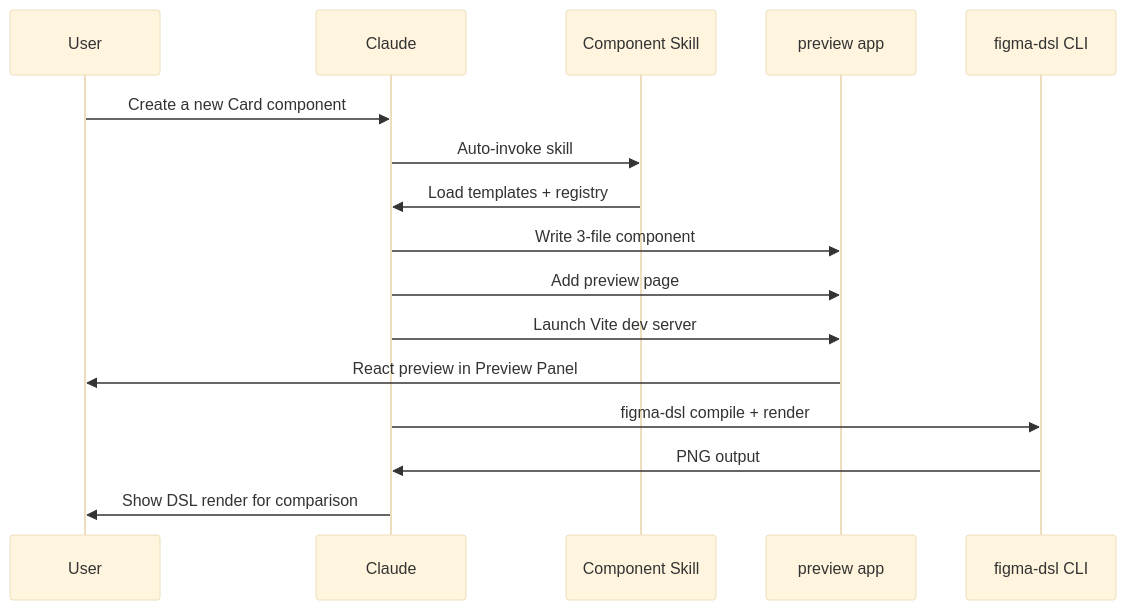
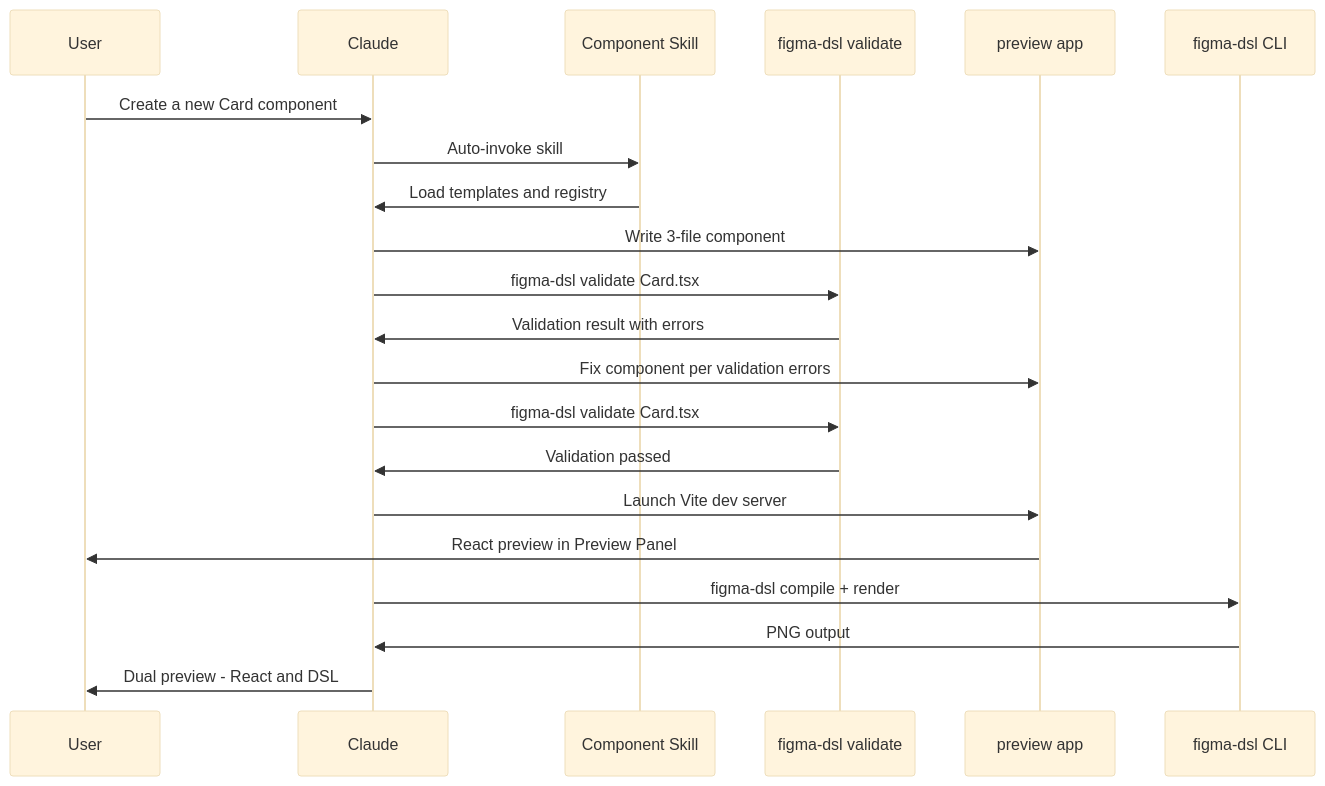
Before and after one commit to TETRA2000/figma-component-dsl: the third of 5 diagrams in .kiro/specs/claude-desktop-interactive-workflow/design.md, drawn with Mermaid (base theme). The commit also changed other lines of this file and 2 other files, not shown here.

First line of the commit message:
Redesign: add validator package, Figma MCP auto-publish, validation loop

````diff
--- a/.kiro/specs/claude-desktop-interactive-workflow/design.md
+++ b/.kiro/specs/claude-desktop-interactive-workflow/design.md
@@ -141,19 +160,24 @@
 ```mermaid
 sequenceDiagram
     participant U as User
     participant C as Claude
     participant S as Component Skill
+    participant Val as figma-dsl validate
     participant P as preview app
     participant CLI as figma-dsl CLI
 
     U->>C: Create a new Card component
     C->>S: Auto-invoke skill
-    S->>C: Load templates + registry
+    S->>C: Load templates and registry
     C->>P: Write 3-file component
-    C->>P: Add preview page
+    C->>Val: figma-dsl validate Card.tsx
+    Val->>C: Validation result with errors
+    C->>P: Fix component per validation errors
+    C->>Val: figma-dsl validate Card.tsx
+    Val->>C: Validation passed
     C->>P: Launch Vite dev server
     P->>U: React preview in Preview Panel
     C->>CLI: figma-dsl compile + render
     CLI->>C: PNG output
-    C->>U: Show DSL render for comparison
+    C->>U: Dual preview - React and DSL
 ```
````
